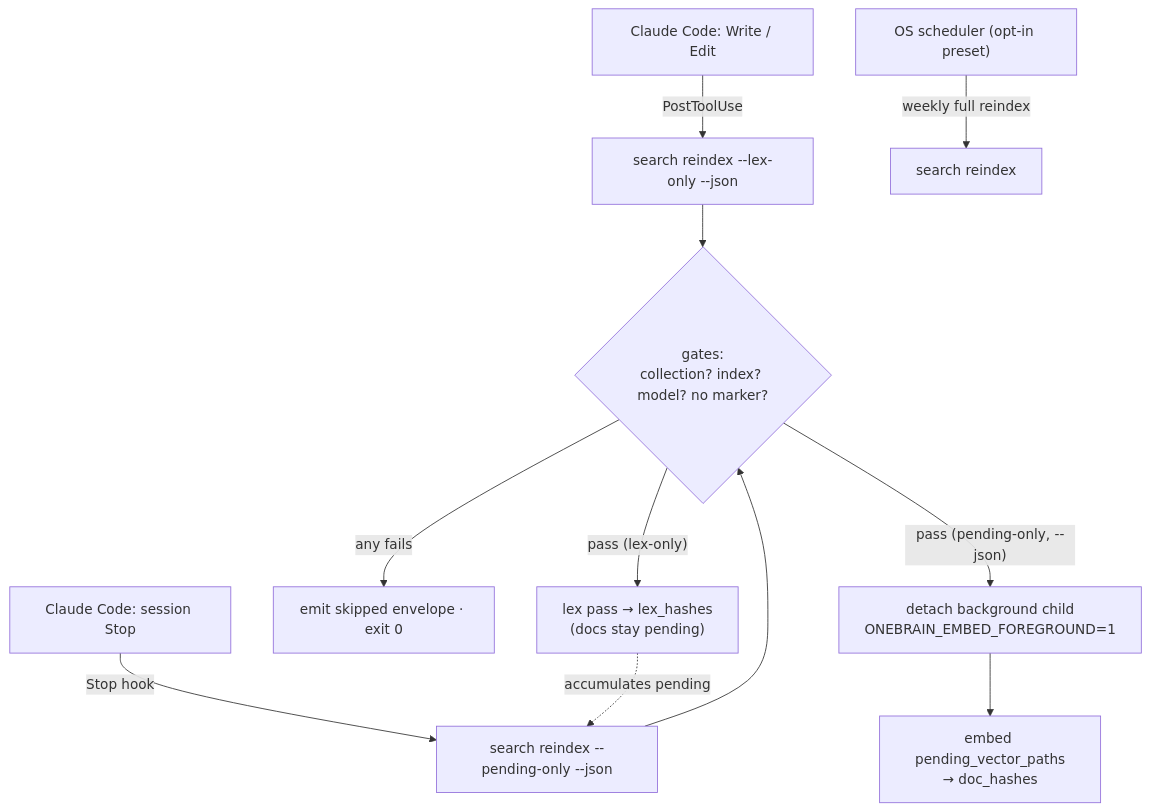
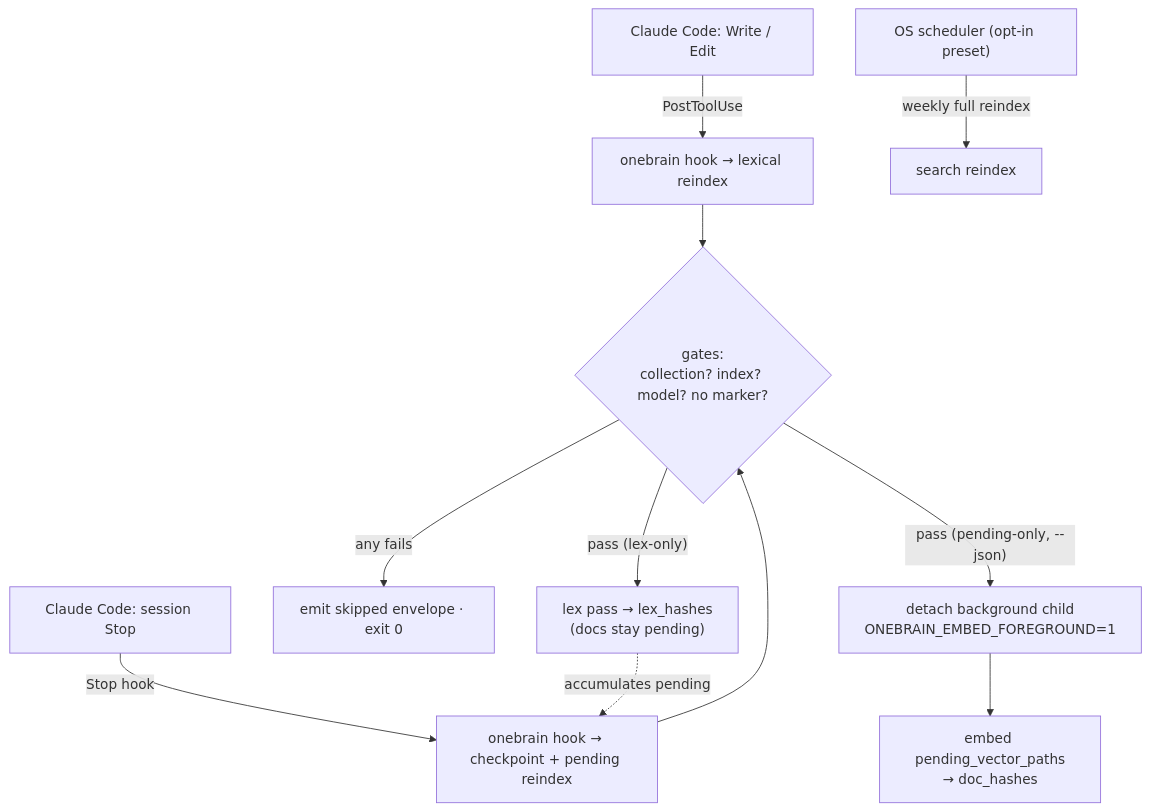
The fourth of 8 diagrams in docs/architecture/search.md (onebrain-ai/onebrain-cli), drawn with Mermaid before and after one commit. The commit also changed other lines of this file and 32 other files, not shown here.

````diff
--- a/docs/architecture/search.md
+++ b/docs/architecture/search.md
@@ -378,13 +378,13 @@
 ```mermaid
 flowchart TD
-    W["Claude Code: Write / Edit"] -- PostToolUse --> LO["search reindex --lex-only --json"]
-    S["Claude Code: session Stop"] -- Stop hook --> PO["search reindex --pending-only --json"]
+    W["Claude Code: Write / Edit"] -- PostToolUse --> LO["onebrain hook → lexical reindex"]
+    S["Claude Code: session Stop"] -- Stop hook --> PO["onebrain hook → checkpoint + pending reindex"]
     CRON["OS scheduler (opt-in preset)"] -- "weekly full reindex" --> FULL["search reindex"]
     LO --> G{"gates:<br/>collection? index? model? no marker?"}
     PO --> G
     G -- "any fails" --> SKIP["emit skipped envelope · exit 0"]
     G -- "pass (lex-only)" --> LEX["lex pass → lex_hashes<br/>(docs stay pending)"]
     G -- "pass (pending-only, --json)" --> DET["detach background child<br/>ONEBRAIN_EMBED_FOREGROUND=1"]
     DET --> EMB["embed pending_vector_paths<br/>→ doc_hashes"]
     LEX -.accumulates pending.-> PO
 ```
````
